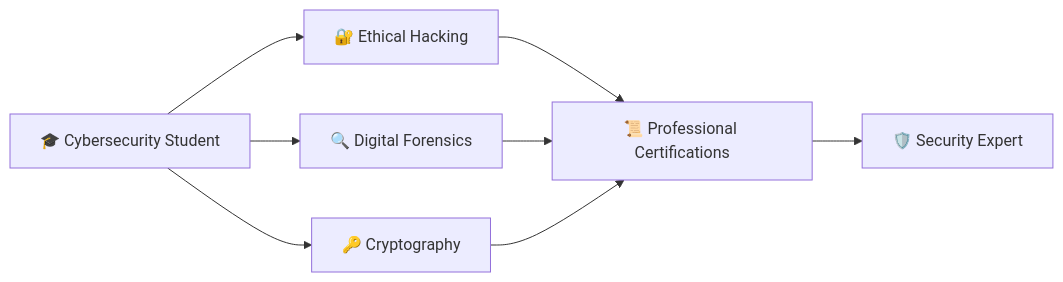
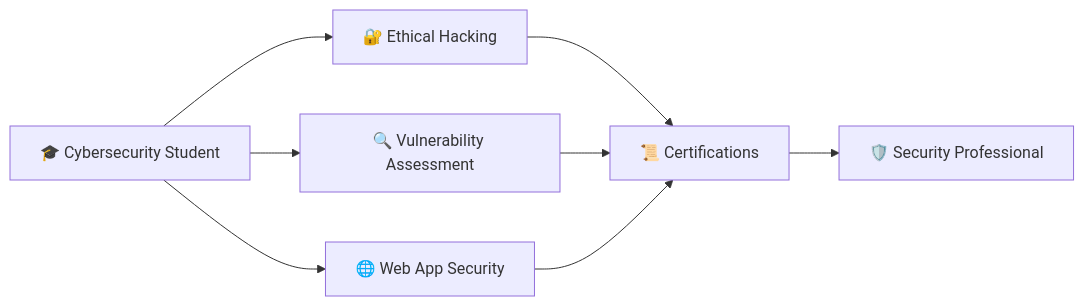
Before and after one commit to 9gkc/9gkc: the diagram in README.md, drawn with Mermaid. The commit also changed other lines of this file, not shown here.

````diff
--- a/README.md
+++ b/README.md
@@ -116,10 +114,10 @@
 ```mermaid
 graph LR
     A[🎓 Cybersecurity Student] --> B[🔐 Ethical Hacking]
-    A --> C[🔍 Digital Forensics]
-    A --> D[🔑 Cryptography]
-    B --> E[📜 Professional Certifications]
+    A --> C[🔍 Vulnerability Assessment]
+    A --> D[🌐 Web App Security]
+    B --> E[📜 Certifications]
     C --> E
     D --> E
-    E --> F[🛡️ Security Expert]
+    E --> F[🛡️ Security Professional]
 ```
````
